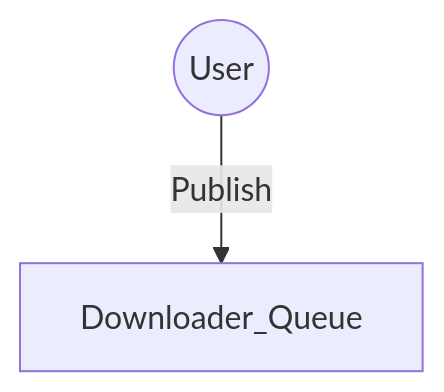
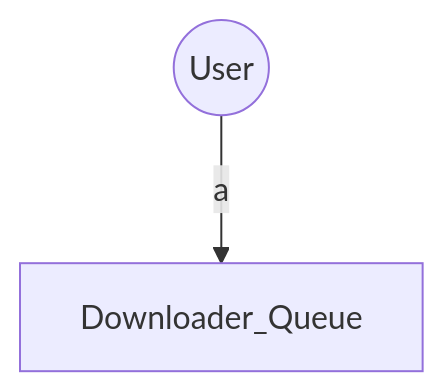
The diagram in README.md (reyapr/mermaid-playground), drawn with Mermaid before and after one commit.

````diff
--- a/README.md
+++ b/README.md
@@ -7,6 +7,6 @@
 ``` mermaid
     flowchart TB
-    User((User))--Publish-->Downloader_Queue
+    User((User))-->|a|Downloader_Queue
    
 
 ```   
````
